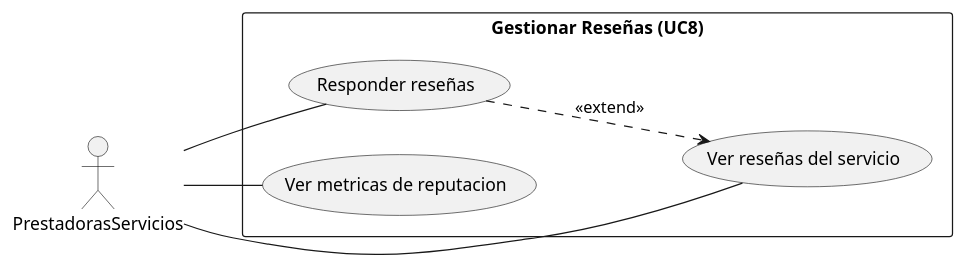
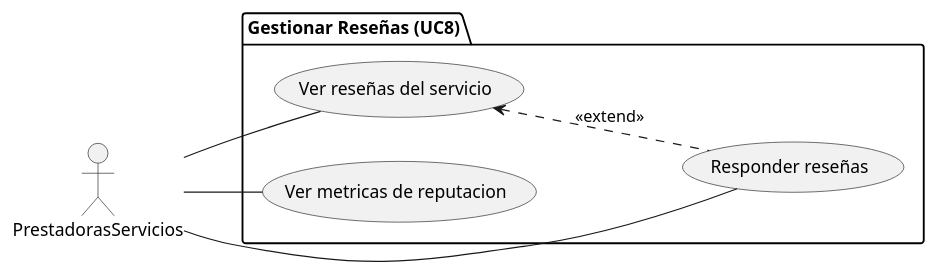
One commit to xdark-nessx20/SM-Xplore changed the diagram in docs/modelos/uc-lvl-1/gestionar-reseñas/prestadora-diagrama.puml. Above: the diagram before and after it, drawn with PlantUML. The commit also changed 4 other files, not shown here.

Commit message:
use package for lvl1 diagrams and fix extend arrow direction

```diff
--- a/docs/modelos/uc-lvl-1/gestionar-reseñas/prestadora-diagrama.puml
+++ b/docs/modelos/uc-lvl-1/gestionar-reseñas/prestadora-diagrama.puml
@@ -1,19 +1,19 @@
 @startuml
 
 left to right direction
 
 actor PrestadorasServicios as P
 
-rectangle "Gestionar Reseñas (UC8)" {
+package "Gestionar Reseñas (UC8)" {
     usecase "Ver reseñas del servicio" as UC8_1
     usecase "Responder reseñas" as UC8_2
     usecase "Ver metricas de reputacion" as UC8_3
 }
 
 P -- UC8_1
 P -- UC8_2
 P -- UC8_3
 
-UC8_2 ..> UC8_1 : <<extend>>
+UC8_1 <.. UC8_2 : <<extend>>
 
 @enduml
```
